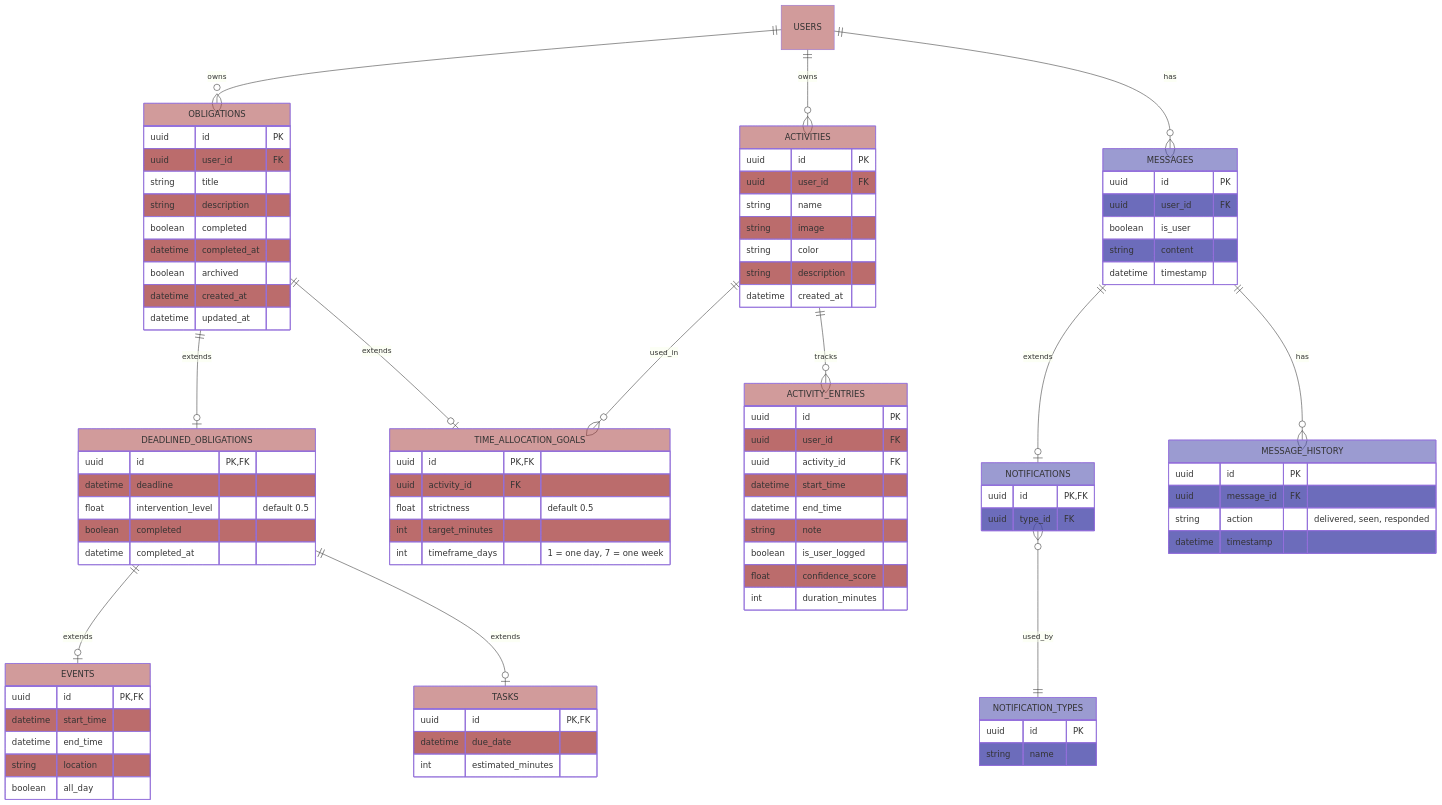
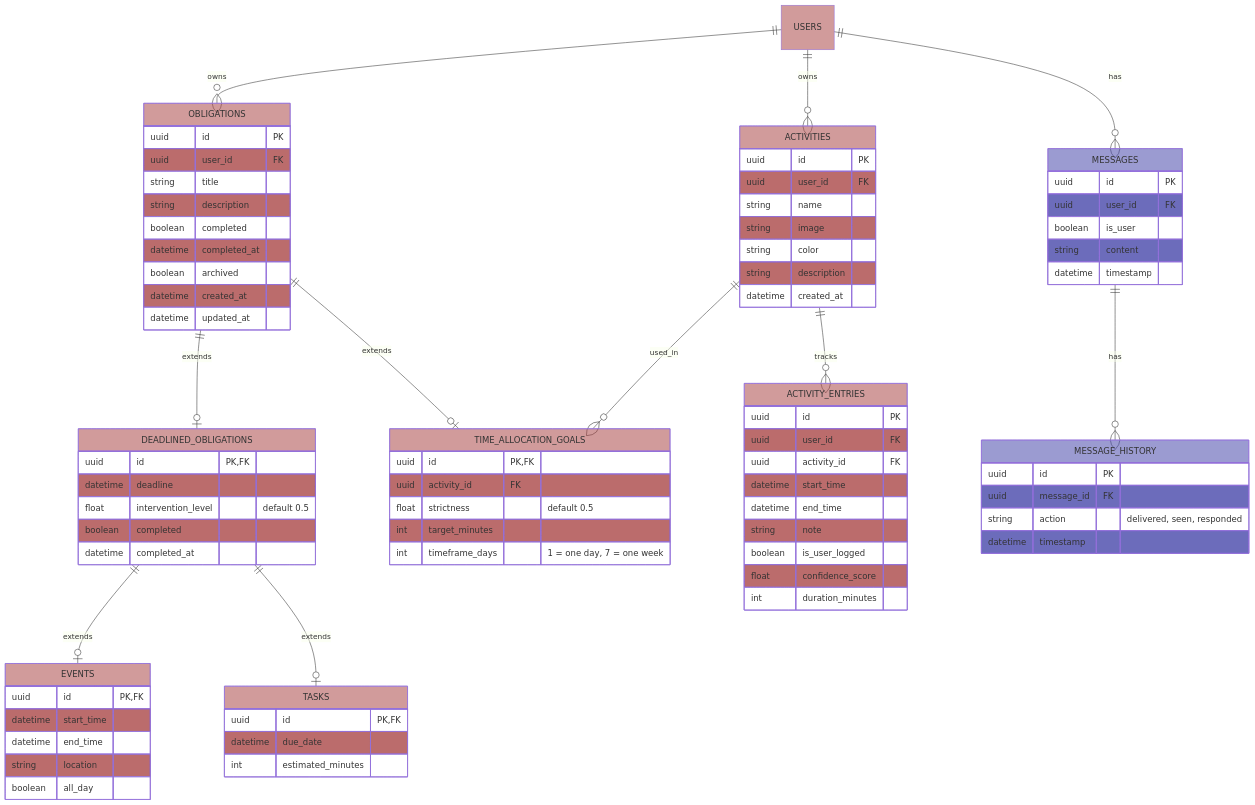
One commit to hadiahmad06/jiko changed the second of 4 diagrams in backend/docs/erdiagram.md. Above: the diagram before and after it, drawn with Mermaid. The commit also changed other lines of this file, not shown here.

Commit message:
backend: docs: added triggers to erdiagram.md

```diff
--- a/backend/docs/erdiagram.md
+++ b/backend/docs/erdiagram.md
@@ -79,16 +79,6 @@
         datetime timestamp
     }
 
-    NOTIFICATION_TYPES:::dynamodb {
-        uuid id PK
-        string name
-    }
-
-    NOTIFICATIONS:::dynamodb {
-        uuid id PK, FK
-        uuid type_id FK
-    }
-
     MESSAGE_HISTORY:::dynamodb {
         uuid id PK
         uuid message_id FK
@@ -127,8 +117,9 @@
     DEADLINED_OBLIGATIONS ||--o| EVENTS : "extends"
     DEADLINED_OBLIGATIONS ||--o| TASKS : "extends"
     USERS ||--o{ MESSAGES : "has"
-    MESSAGES ||--o| NOTIFICATIONS : "extends"
-    NOTIFICATIONS }o--|| NOTIFICATION_TYPES : "used_by"
+    %%MESSAGES ||--o| NOTIFICATIONS : "extends"
+    %%NOTIFICATIONS ||--o| RECURRING_NOTIFICATIONS : "extends"
+    %%NOTIFICATIONS }o--|| NOTIFICATION_TYPES : "used_by"
     MESSAGES ||--o{ MESSAGE_HISTORY : "has"
     
     classDef postgres fill:#a448
```
